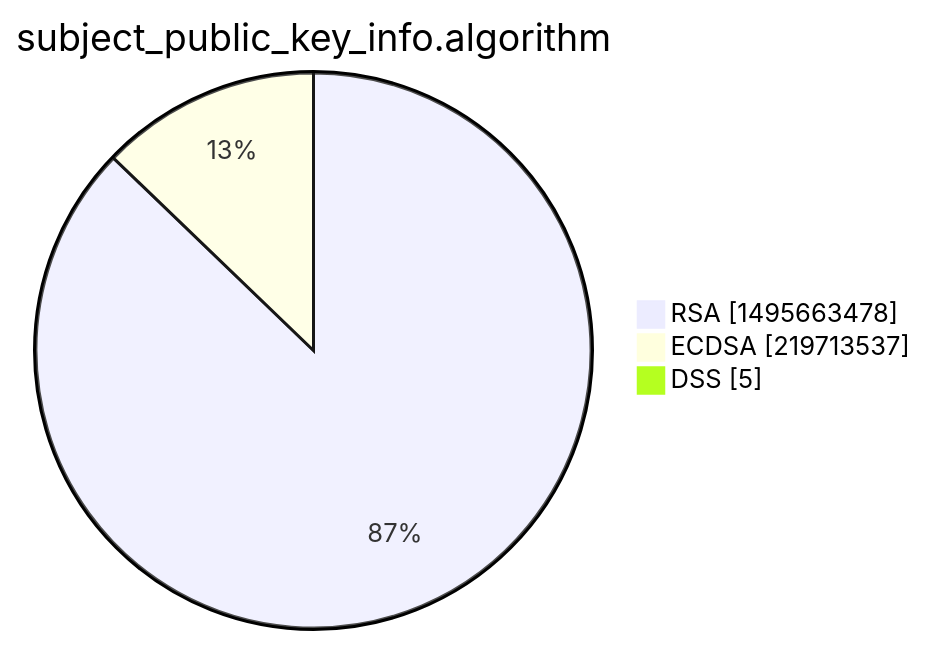
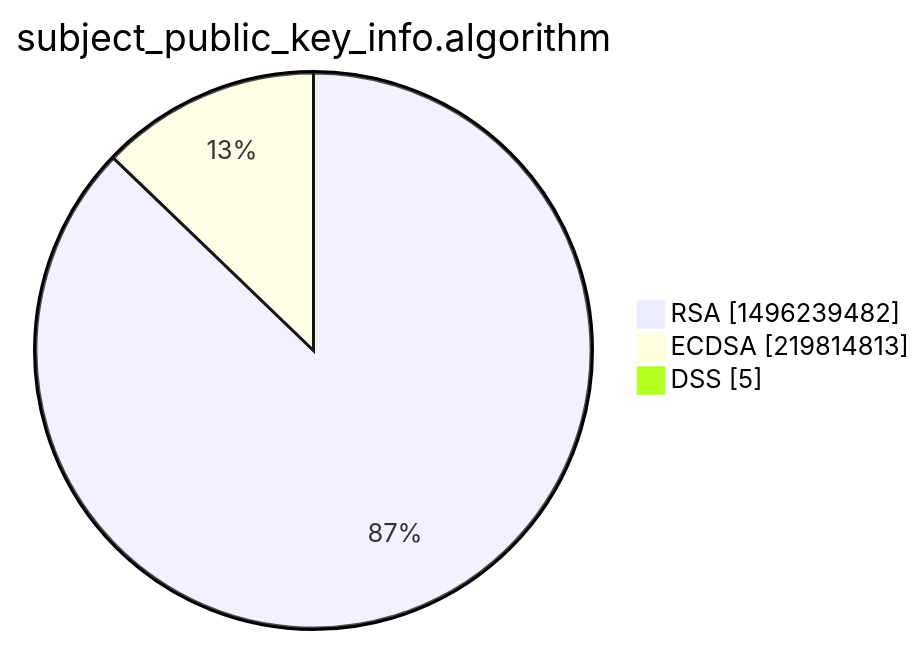
Before and after one commit to christiankrug/ctmonitor_visualization: the third of 15 diagrams in xenon2022/README.md, drawn with Mermaid. The commit also changed other lines of this file, not shown here.

````diff
--- a/xenon2022/README.md
+++ b/xenon2022/README.md
@@ -14,7 +14,7 @@
 ```mermaid
 pie showData
 title subject_public_key_info.algorithm
-"RSA" :1495663478
-"ECDSA" :219713537
+"RSA" :1496239482
+"ECDSA" :219814813
 "DSS" :5
 ```
````
